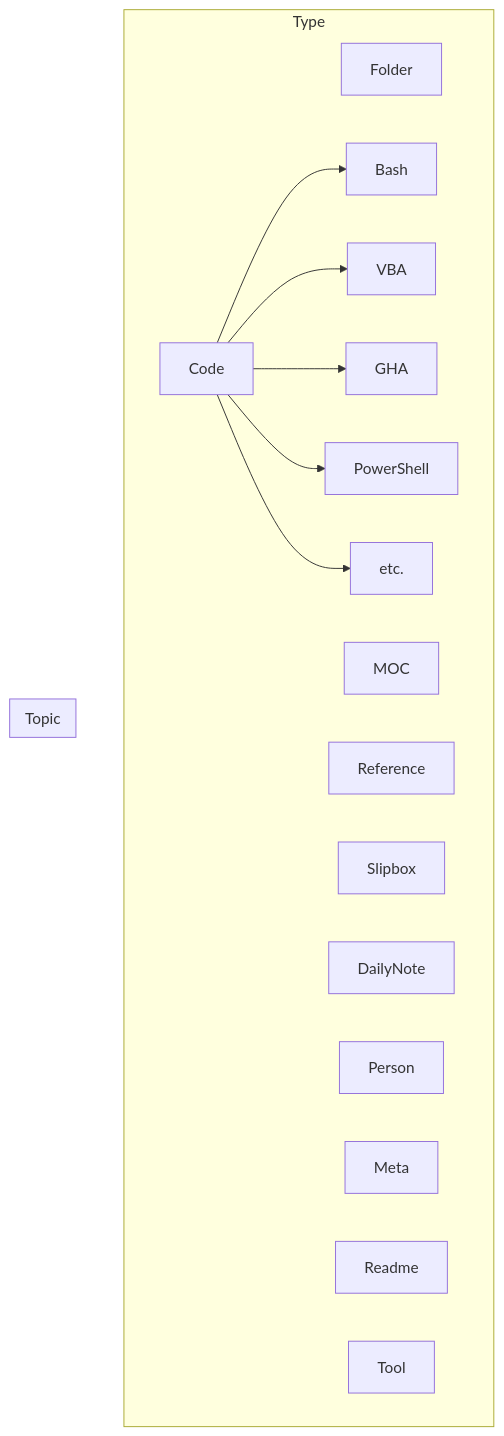
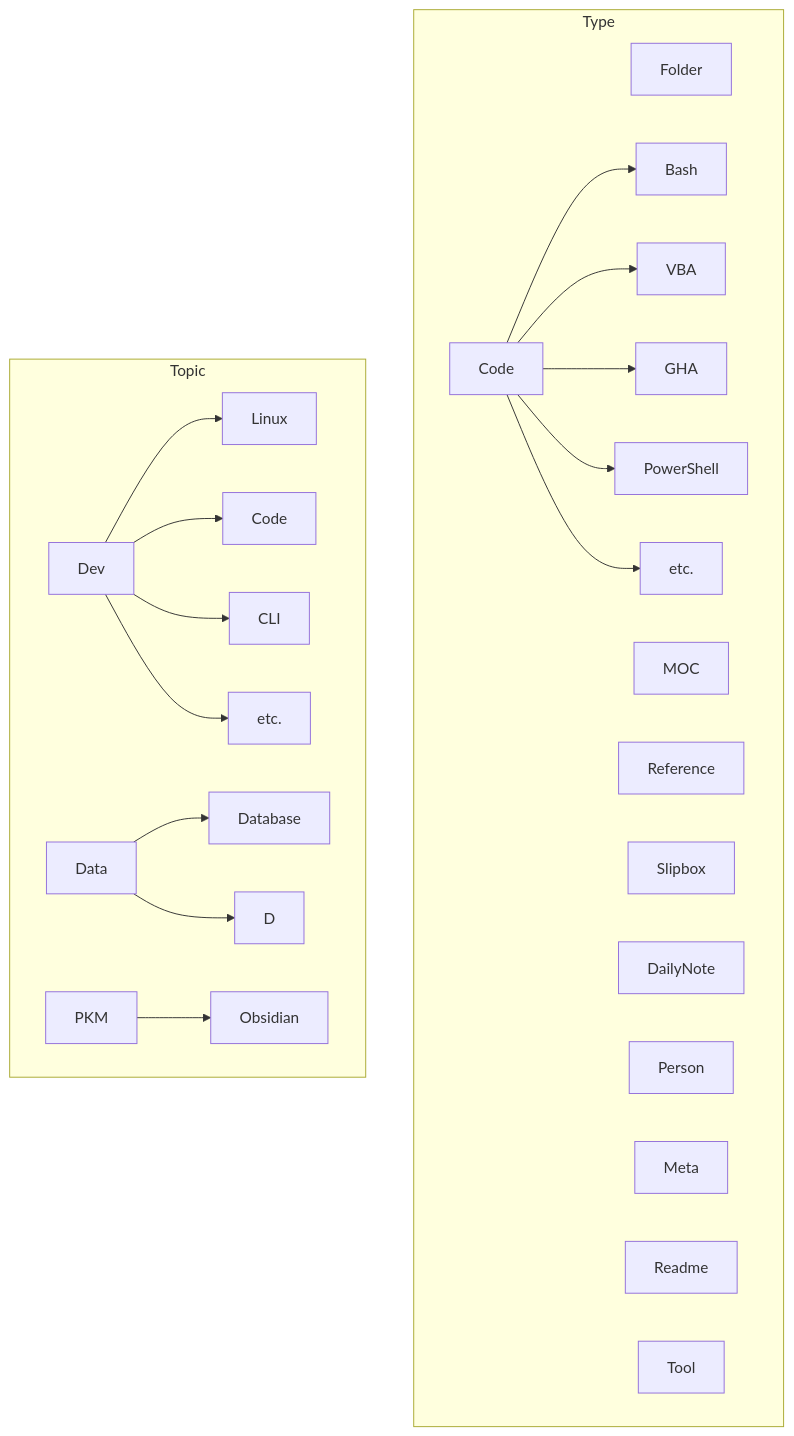
Before and after one commit to jimbrig/Template-Vault: the diagram in ABOUT.md, drawn with Mermaid. The commit also changed 1 other file, not shown here.

Commit message:
Obsidian: Changed 2 Files (DESKTOP-PWC)
Affected files:
.obsidian/appearance.json
ABOUT.md

````diff
--- a/ABOUT.md
+++ b/ABOUT.md
@@ -35,24 +35,31 @@
 ```mermaid
 flowchart TB
 	subgraph Type
 	Folder[Folder]
 	MOC[MOC]
 	Ref[Reference]
 	Slip[Slipbox]
 	Daily[DailyNote]
 	Person[Person]
 	Meta[Meta]
 	Readme[Readme]
 	Tool[Tool]
 	Code[Code]
 	Code --> Bash[Bash]
 	Code --> VBA[VBA]
 	Code --> GHA[GHA]
 	Code --> PWSH[PowerShell]
 	Code --> MISC[etc.]
 	end
 	
 	subgraph Topic
-	
+	Dev[Dev]
+	Dev --> Linux[Linux]
+	Dev --> Code2[Code]
+	Dev --> CLI[CLI]
+	Dev --> etc[etc.]
+	Data[Data] --> DB[Database]
+	Data --> D
+	PKM[PKM] --> Obsidian[Obsidian]
 	end
 ```
````
